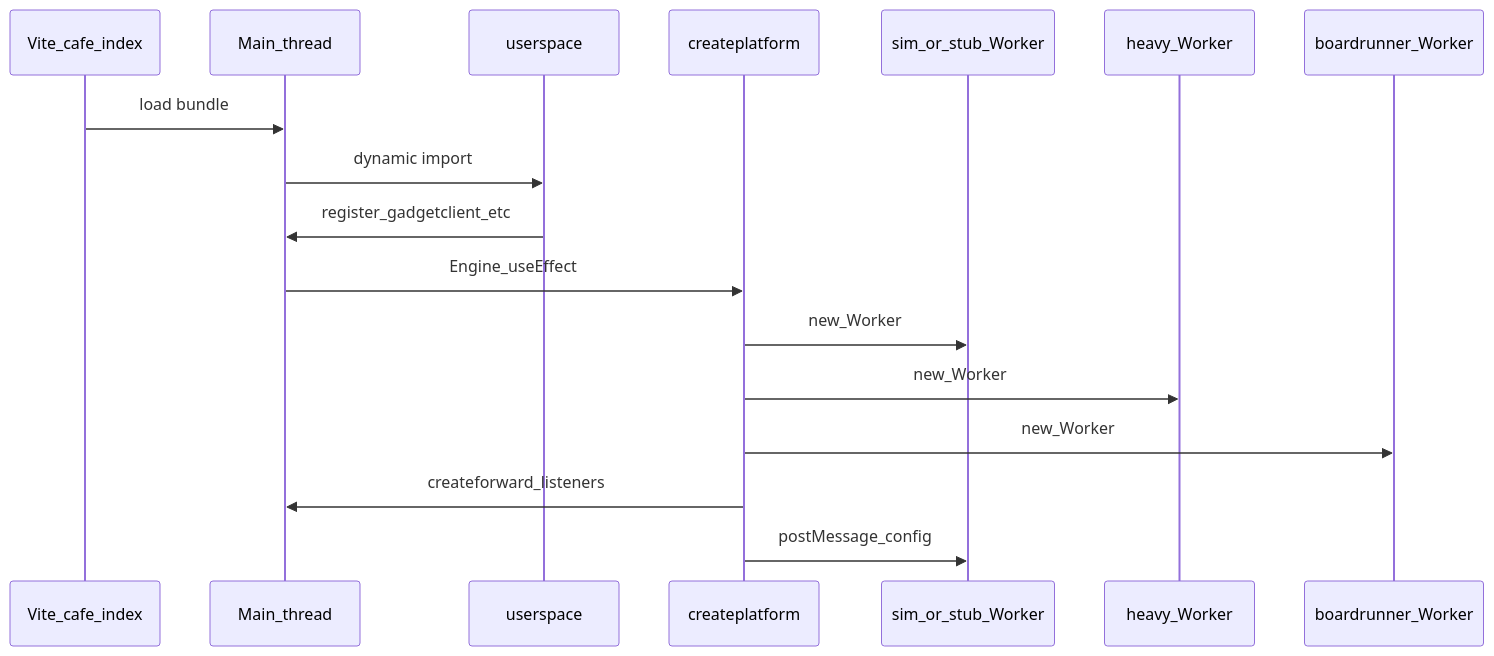
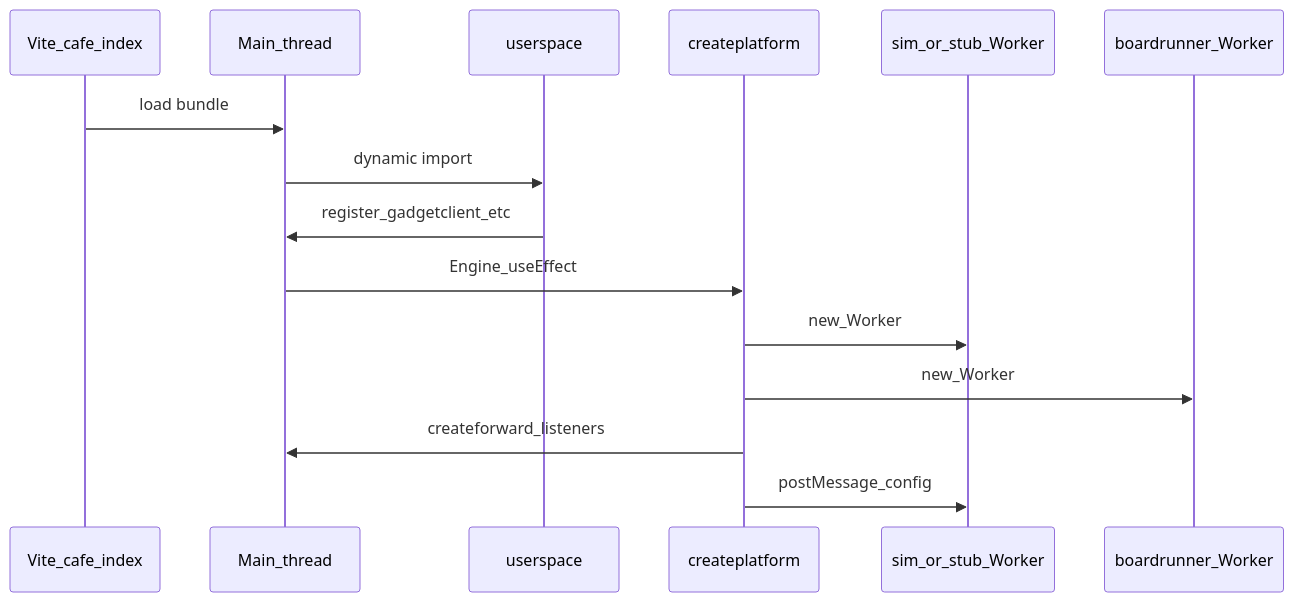
Before and after one commit to goldbuick/zed-software-system: the first of 7 diagrams in zss/device/docs/devices-and-messaging.md, drawn with Mermaid. The commit also changed other lines of this file and 219 other files, not shown here.

````diff
--- a/zss/device/docs/devices-and-messaging.md
+++ b/zss/device/docs/devices-and-messaging.md
@@ -78,19 +72,17 @@
 ```mermaid
 sequenceDiagram
   participant Vite as Vite_cafe_index
   participant Main as Main_thread
   participant US as userspace
   participant CP as createplatform
   participant Sim as sim_or_stub_Worker
-  participant Hy as heavy_Worker
   participant Br as boardrunner_Worker
   Vite->>Main: load bundle
   Main->>US: dynamic import
   US->>Main: register_gadgetclient_etc
   Main->>CP: Engine_useEffect
   CP->>Sim: new_Worker
-  CP->>Hy: new_Worker
   CP->>Br: new_Worker
   CP->>Main: createforward_listeners
   CP->>Sim: postMessage_config
 ```
````
